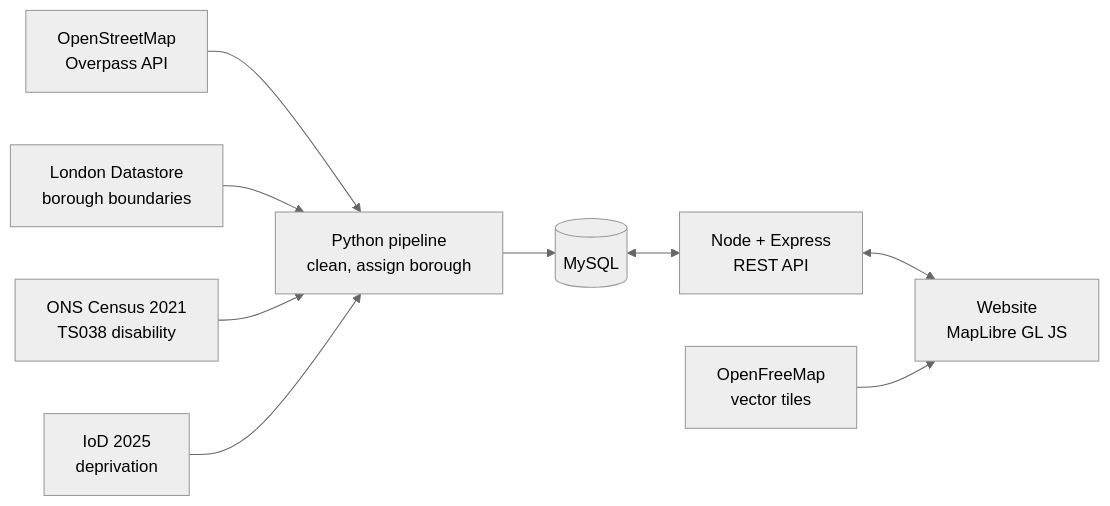
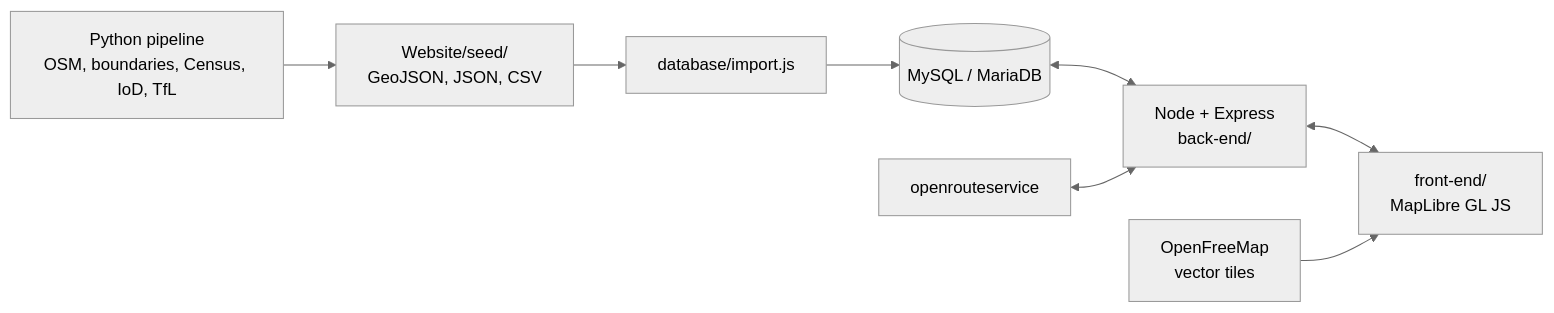
The diagram in README.md (Echi-J/the-DOMinators), drawn with Mermaid (neutral theme) before and after one commit. The commit also changed other lines of this file, not shown here.

````diff
--- a/README.md
+++ b/README.md
@@ -62,11 +62,10 @@
 ```mermaid
 flowchart LR
-  OSM[OpenStreetMap<br/>Overpass API] --> PY[Python pipeline<br/>clean, assign borough]
-  LDS[London Datastore<br/>borough boundaries] --> PY
-  ONS[ONS Census 2021<br/>TS038 disability] --> PY
-  IOD[IoD 2025<br/>deprivation] --> PY
-  PY --> DB[(MySQL)]
-  DB <--> API[Node + Express<br/>REST API]
-  API <--> WEB[Website<br/>MapLibre GL JS]
+  PY[Python pipeline<br/>OSM, boundaries, Census, IoD, TfL] --> SEED[Website/seed/<br/>GeoJSON, JSON, CSV]
+  SEED --> IMP[database/import.js]
+  IMP --> DB[(MySQL / MariaDB)]
+  DB <--> API[Node + Express<br/>back-end/]
+  API <--> WEB[front-end/<br/>MapLibre GL JS]
+  ORS[openrouteservice] <--> API
   TILES[OpenFreeMap<br/>vector tiles] --> WEB
 ```
````
